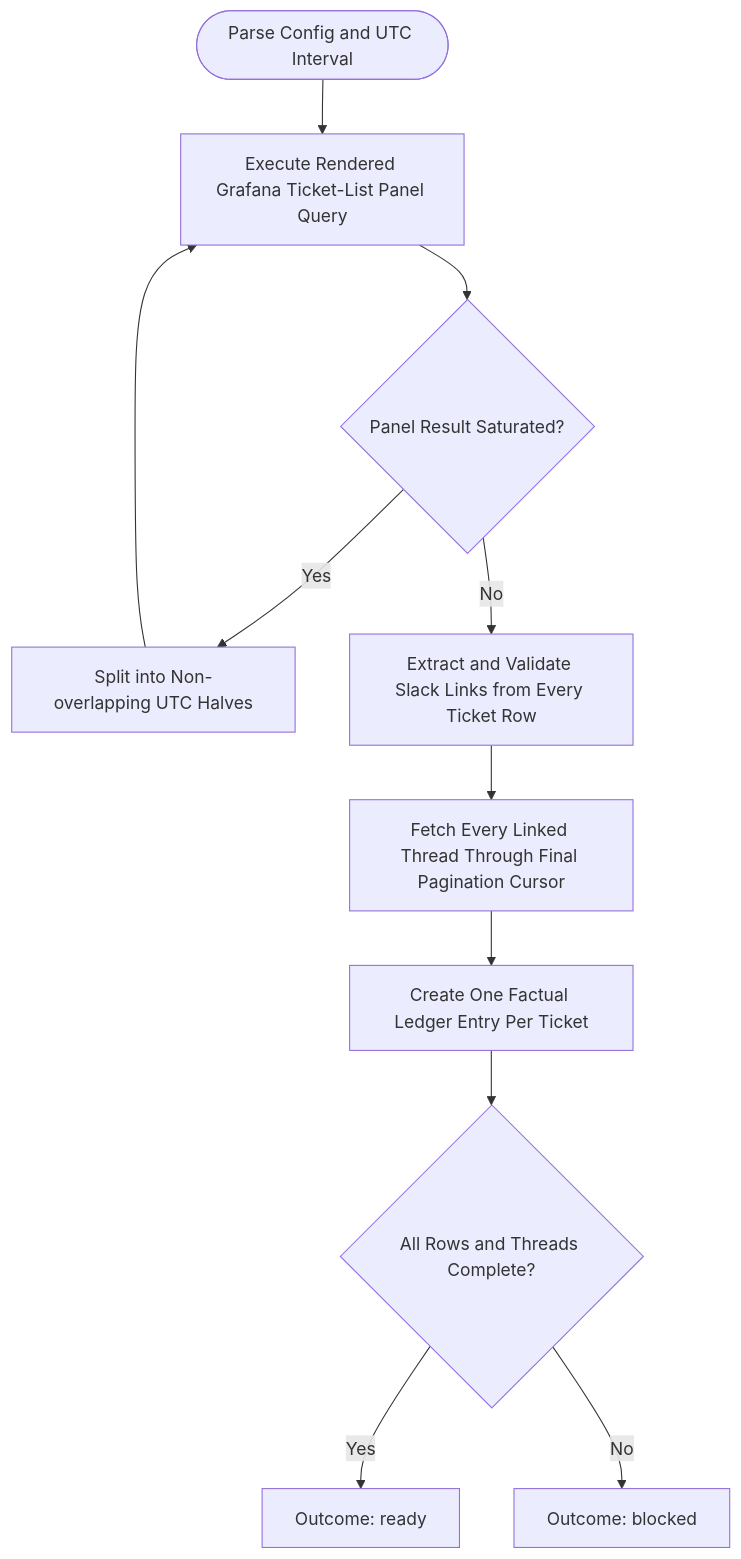
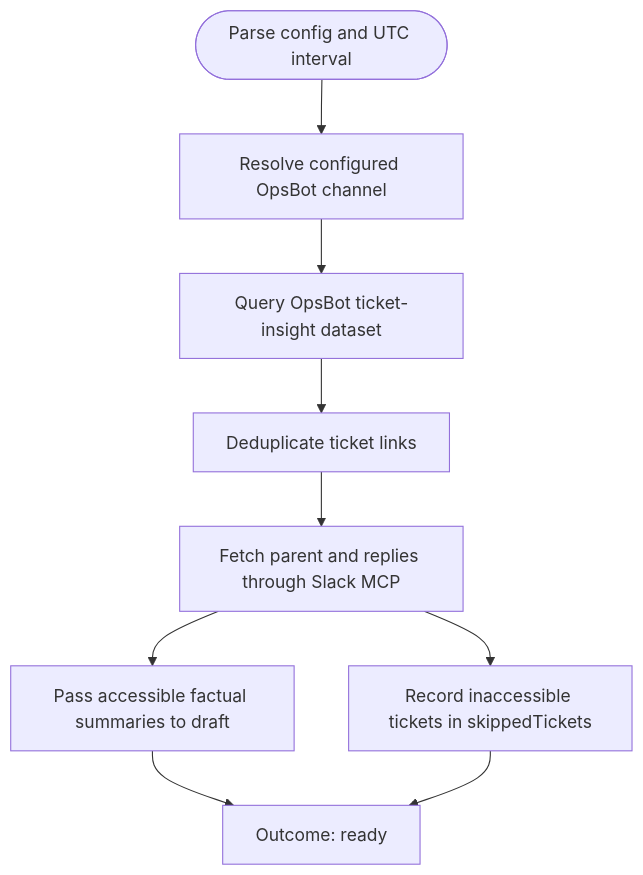
One commit to wichayutdew/dotfiles changed the diagram in .pi/agent/workflows/steps/sprint-triage/collect.md. Above: the diagram before and after it, drawn with Mermaid. The commit also changed other lines of this file and 1 other file, not shown here.

````diff
--- a/.pi/agent/workflows/steps/sprint-triage/collect.md
+++ b/.pi/agent/workflows/steps/sprint-triage/collect.md
@@ -28,13 +21,11 @@
 ```mermaid
 flowchart TD
-    Start([Parse Config and UTC Interval]) --> QueryPanel[Execute Rendered Grafana Ticket-List Panel Query]
-    QueryPanel --> CheckCap{Panel Result Saturated?}
-    CheckCap -->|Yes| SplitInterval[Split into Non-overlapping UTC Halves]
-    SplitInterval --> QueryPanel
-    CheckCap -->|No| ExtractLinks[Extract and Validate Slack Links from Every Ticket Row]
-    ExtractLinks --> FetchThreads[Fetch Every Linked Thread Through Final Pagination Cursor]
-    FetchThreads --> BuildLedger[Create One Factual Ledger Entry Per Ticket]
-    BuildLedger --> VerifyCoverage{All Rows and Threads Complete?}
-    VerifyCoverage -->|Yes| ReadyFull[Outcome: ready]
-    VerifyCoverage -->|No| Blocked[Outcome: blocked]
+    Start([Parse config and UTC interval]) --> ResolveChannel[Resolve configured OpsBot channel]
+    ResolveChannel --> QueryTickets[Query OpsBot ticket-insight dataset]
+    QueryTickets --> Deduplicate[Deduplicate ticket links]
+    Deduplicate --> FetchThreads[Fetch parent and replies through Slack MCP]
+    FetchThreads --> Summarize[Pass accessible factual summaries to draft]
+    FetchThreads --> Skip[Record inaccessible tickets in skippedTickets]
+    Summarize --> Ready[Outcome: ready]
+    Skip --> Ready
 ```
````
